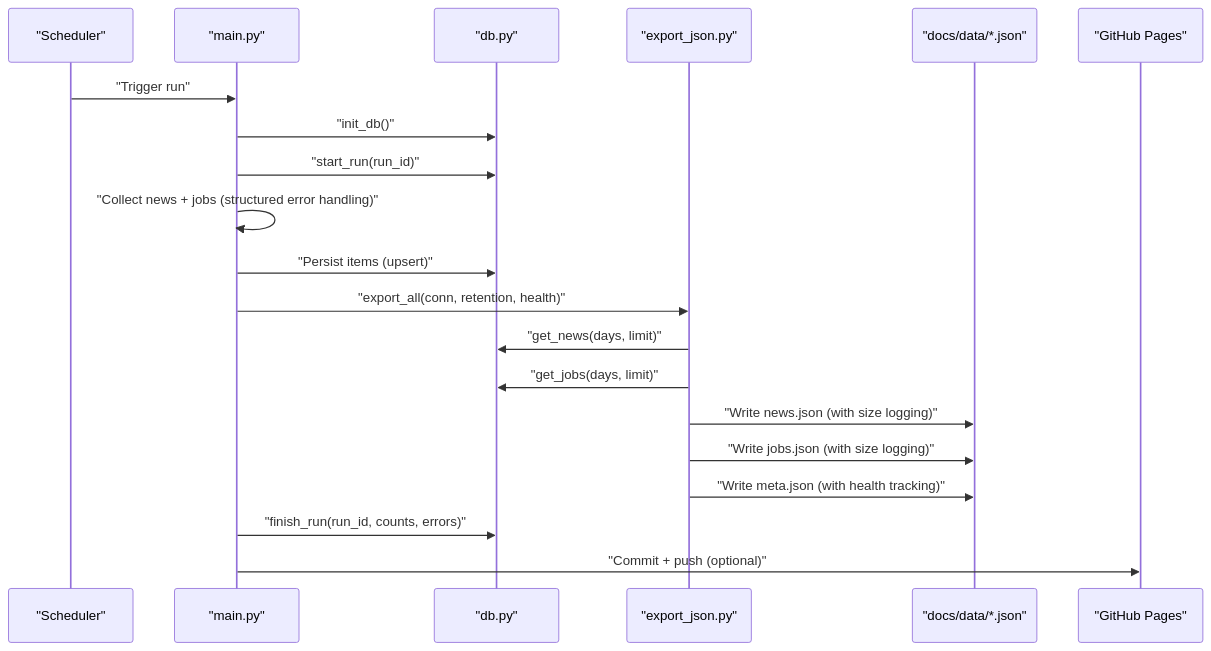
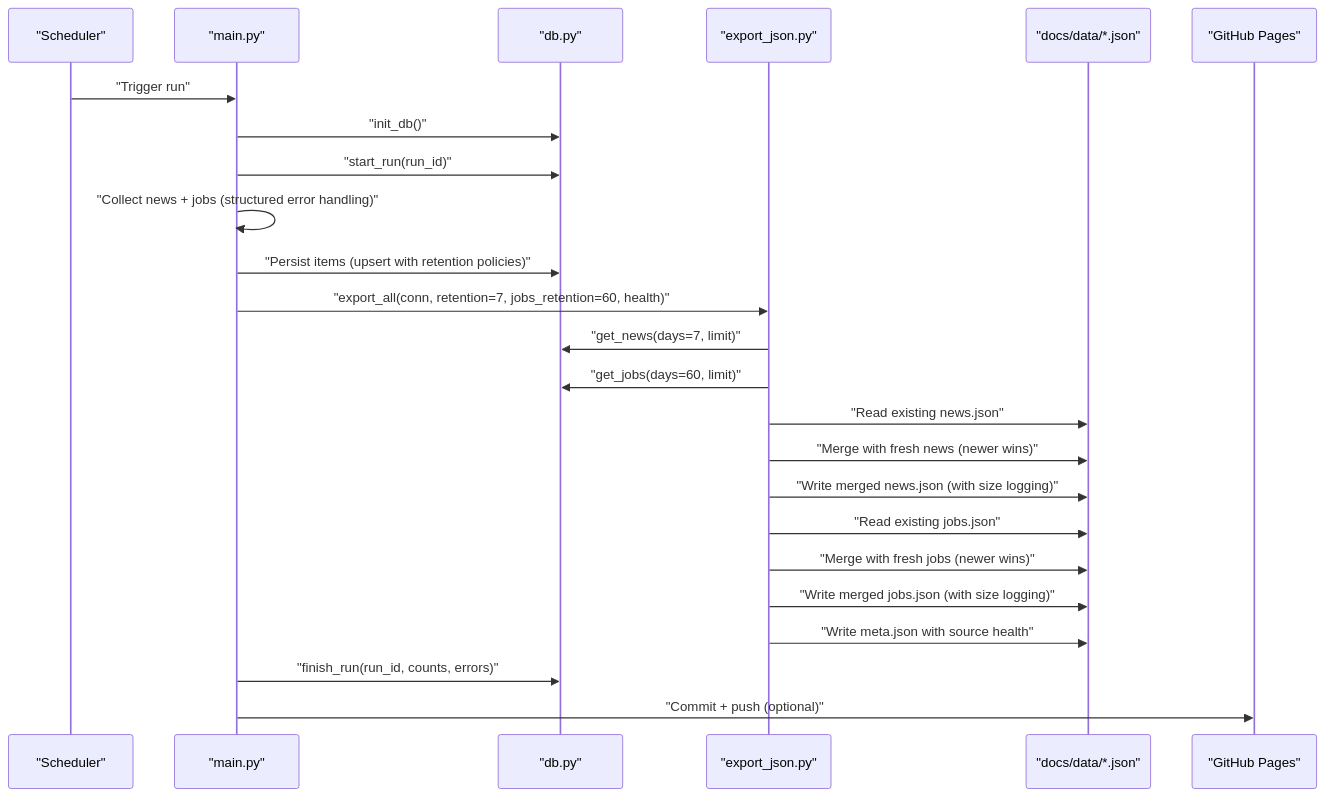
One commit to shakthi-vinayak/news changed the second of 6 diagrams in .qoder/repowiki/en/content/Data Management/JSON Export System.md. Above: the diagram before and after it, drawn with Mermaid. The commit also changed other lines of this file and 55 other files, not shown here.

````diff
--- a/.qoder/repowiki/en/content/Data Management/JSON Export System.md
+++ b/.qoder/repowiki/en/content/Data Management/JSON Export System.md
@@ -129,22 +131,26 @@
 ```mermaid
 sequenceDiagram
 participant Scheduler as "Scheduler"
 participant Worker as "main.py"
 participant DB as "db.py"
 participant Export as "export_json.py"
 participant FS as "docs/data/*.json"
 participant Pages as "GitHub Pages"
 Scheduler->>Worker : "Trigger run"
 Worker->>DB : "init_db()"
 Worker->>DB : "start_run(run_id)"
 Worker->>Worker : "Collect news + jobs (structured error handling)"
-Worker->>DB : "Persist items (upsert)"
-Worker->>Export : "export_all(conn, retention, health)"
-Export->>DB : "get_news(days, limit)"
-Export->>DB : "get_jobs(days, limit)"
-Export->>FS : "Write news.json (with size logging)"
-Export->>FS : "Write jobs.json (with size logging)"
-Export->>FS : "Write meta.json (with health tracking)"
+Worker->>DB : "Persist items (upsert with retention policies)"
+Worker->>Export : "export_all(conn, retention=7, jobs_retention=60, health)"
+Export->>DB : "get_news(days=7, limit)"
+Export->>DB : "get_jobs(days=60, limit)"
+Export->>FS : "Read existing news.json"
+Export->>FS : "Merge with fresh news (newer wins)"
+Export->>FS : "Write merged news.json (with size logging)"
+Export->>FS : "Read existing jobs.json"
+Export->>FS : "Merge with fresh jobs (newer wins)"
+Export->>FS : "Write merged jobs.json (with size logging)"
+Export->>FS : "Write meta.json with source health"
 Worker->>DB : "finish_run(run_id, counts, errors)"
 Worker->>Pages : "Commit + push (optional)"
 ```
````
